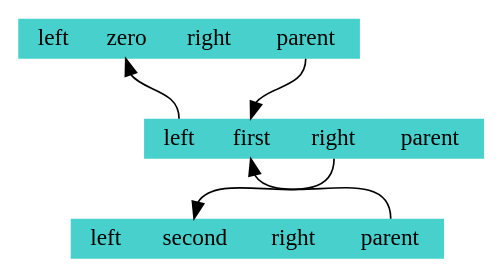
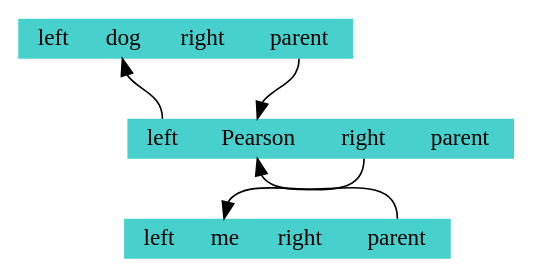
One commit to AleksandrVin/c_course changed the diagram in Akinator/data/dot.dot. Above: the diagram before and after it, drawn with Graphviz. The commit also changed 4 other files, not shown here.

```diff
--- a/Akinator/data/dot.dot
+++ b/Akinator/data/dot.dot
@@ -1,6 +1,6 @@
 digraph {
 node[shape = record, height = .1 , style=filled];
-node7754408[label = "<f0> left| <f1> zero | <f2> right| <f3> parent" , color=mediumturquoise ];
-"node7754408":f3 -> "node7775232" : f1;node7775232[label = "<f0> left| <f1> first | <f2> right| <f3> parent" , color=mediumturquoise ];
-"node7775232":f0 -> "node7754408" : f1;"node7775232":f2 -> "node7775296" : f1;node7775296[label = "<f0> left| <f1> second | <f2> right| <f3> parent" , color=mediumturquoise ];
-"node7775296":f3 -> "node7775232" : f1;}
+node1131529280[label = "<f0> left| <f1> dog | <f2> right| <f3> parent" , color=mediumturquoise ];
+"node1131529280":f3 -> "node1131529856" : f1;node1131529856[label = "<f0> left| <f1> Pearson | <f2> right| <f3> parent" , color=mediumturquoise ];
+"node1131529856":f0 -> "node1131529280" : f1;"node1131529856":f2 -> "node1131528512" : f1;node1131528512[label = "<f0> left| <f1> me | <f2> right| <f3> parent" , color=mediumturquoise ];
+"node1131528512":f3 -> "node1131529856" : f1;}
```
